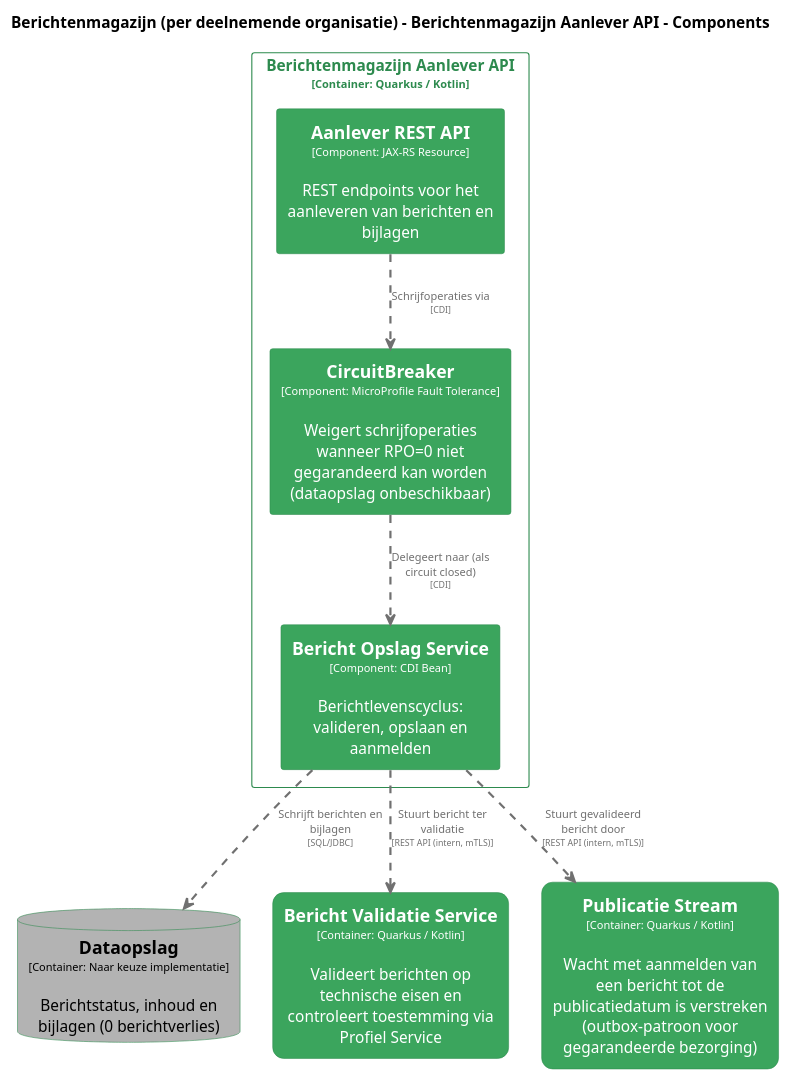
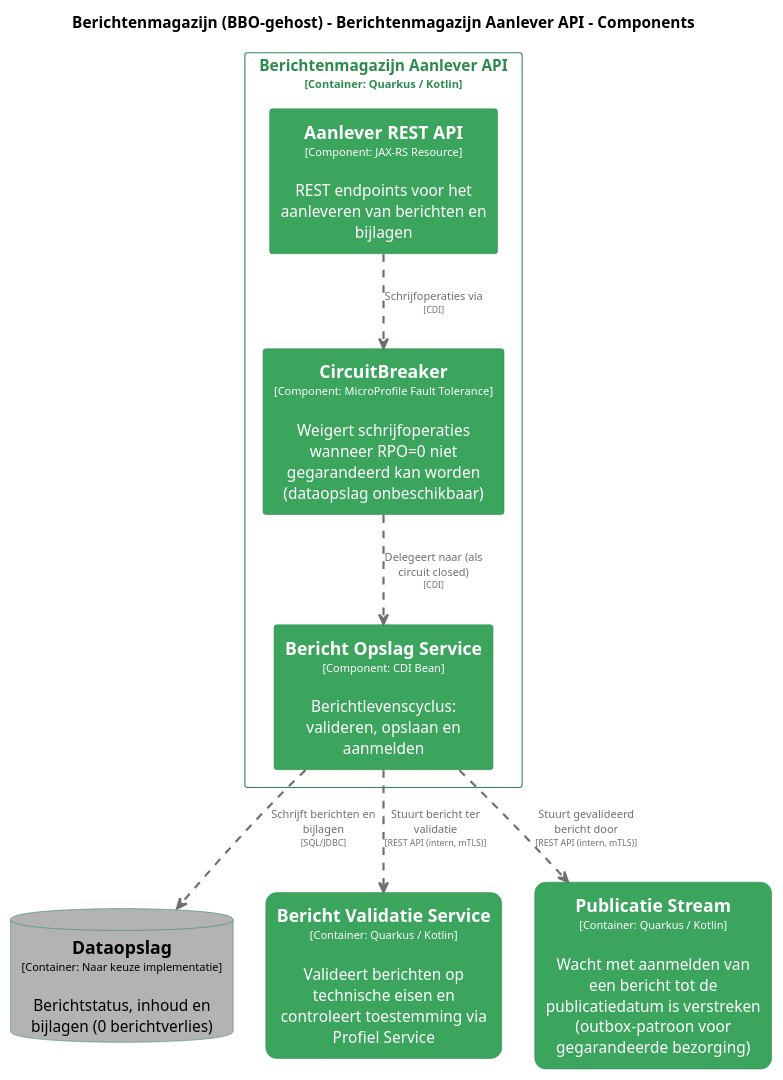
The diagram in master/puml/AanleverAPIComponenten.puml (MinBZK/moza-poc-fbs-berichtenbox), drawn with PlantUML before and after one commit. The commit also changed 90 other files, not shown here.

```diff
--- a/master/puml/AanleverAPIComponenten.puml
+++ b/master/puml/AanleverAPIComponenten.puml
@@ -1,77 +1,77 @@
 @startuml
 set separator none
-title Berichtenmagazijn (per deelnemende organisatie) - Berichtenmagazijn Aanlever API - Components
+title Berichtenmagazijn (BBO-gehost) - Berichtenmagazijn Aanlever API - Components
 
 top to bottom direction
 skinparam ranksep 60
 skinparam nodesep 30
 
 skinparam {
   arrowFontSize 10
   defaultTextAlignment center
   wrapWidth 200
   maxMessageSize 100
 }
 
 hide stereotype
 
-skinparam rectangle<<Berichtenmagazijnperdeelnemendeorganisatie.BerichtenmagazijnAanleverAPI.AanleverRESTAPI>> {
+skinparam rectangle<<BerichtenmagazijnBBOgehost.BerichtenmagazijnAanleverAPI.AanleverRESTAPI>> {
   BackgroundColor #3ba55d
   FontColor #ffffff
   BorderColor #2d8a4e
   shadowing false
 }
-skinparam rectangle<<Berichtenmagazijnperdeelnemendeorganisatie.BerichtenmagazijnAanleverAPI.BerichtOpslagService>> {
+skinparam rectangle<<BerichtenmagazijnBBOgehost.BerichtenmagazijnAanleverAPI.BerichtOpslagService>> {
   BackgroundColor #3ba55d
   FontColor #ffffff
   BorderColor #2d8a4e
   shadowing false
 }
-skinparam rectangle<<Berichtenmagazijnperdeelnemendeorganisatie.BerichtValidatieService>> {
+skinparam rectangle<<BerichtenmagazijnBBOgehost.BerichtValidatieService>> {
   BackgroundColor #3ba55d
   FontColor #ffffff
   BorderColor #2d8a4e
   roundCorner 20
   shadowing false
 }
-skinparam rectangle<<Berichtenmagazijnperdeelnemendeorganisatie.BerichtenmagazijnAanleverAPI.CircuitBreaker>> {
+skinparam rectangle<<BerichtenmagazijnBBOgehost.BerichtenmagazijnAanleverAPI.CircuitBreaker>> {
   BackgroundColor #3ba55d
   FontColor #ffffff
   BorderColor #2d8a4e
   shadowing false
 }
-skinparam database<<Berichtenmagazijnperdeelnemendeorganisatie.Dataopslag>> {
+skinparam database<<BerichtenmagazijnBBOgehost.Dataopslag>> {
   BackgroundColor #b3b3b3
   FontColor #000000
   BorderColor #2d8a4e
   shadowing false
 }
-skinparam rectangle<<Berichtenmagazijnperdeelnemendeorganisatie.PublicatieStream>> {
+skinparam rectangle<<BerichtenmagazijnBBOgehost.PublicatieStream>> {
   BackgroundColor #3ba55d
   FontColor #ffffff
   BorderColor #2d8a4e
   roundCorner 20
   shadowing false
 }
-skinparam rectangle<<Berichtenmagazijnperdeelnemendeorganisatie.BerichtenmagazijnAanleverAPI>> {
+skinparam rectangle<<BerichtenmagazijnBBOgehost.BerichtenmagazijnAanleverAPI>> {
   BorderColor #2d8a4e
   FontColor #2d8a4e
   shadowing false
 }
 
-database "==Dataopslag\n<size:10>[Container: Naar keuze implementatie]</size>\n\nBerichtstatus, inhoud en bijlagen (0 berichtverlies)" <<Berichtenmagazijnperdeelnemendeorganisatie.Dataopslag>> as Berichtenmagazijnperdeelnemendeorganisatie.Dataopslag
-rectangle "==Bericht Validatie Service\n<size:10>[Container: Quarkus / Kotlin]</size>\n\nValideert berichten op technische eisen en controleert toestemming via Profiel Service" <<Berichtenmagazijnperdeelnemendeorganisatie.BerichtValidatieService>> as Berichtenmagazijnperdeelnemendeorganisatie.BerichtValidatieService
-rectangle "==Publicatie Stream\n<size:10>[Container: Quarkus / Kotlin]</size>\n\nWacht met aanmelden van een bericht tot de publicatiedatum is verstreken (outbox-patroon voor gegarandeerde bezorging)" <<Berichtenmagazijnperdeelnemendeorganisatie.PublicatieStream>> as Berichtenmagazijnperdeelnemendeorganisatie.PublicatieStream
+database "==Dataopslag\n<size:10>[Container: Naar keuze implementatie]</size>\n\nBerichtstatus, inhoud en bijlagen (0 berichtverlies)" <<BerichtenmagazijnBBOgehost.Dataopslag>> as BerichtenmagazijnBBOgehost.Dataopslag
+rectangle "==Bericht Validatie Service\n<size:10>[Container: Quarkus / Kotlin]</size>\n\nValideert berichten op technische eisen en controleert toestemming via Profiel Service" <<BerichtenmagazijnBBOgehost.BerichtValidatieService>> as BerichtenmagazijnBBOgehost.BerichtValidatieService
+rectangle "==Publicatie Stream\n<size:10>[Container: Quarkus / Kotlin]</size>\n\nWacht met aanmelden van een bericht tot de publicatiedatum is verstreken (outbox-patroon voor gegarandeerde bezorging)" <<BerichtenmagazijnBBOgehost.PublicatieStream>> as BerichtenmagazijnBBOgehost.PublicatieStream
 
-rectangle "Berichtenmagazijn Aanlever API\n<size:10>[Container: Quarkus / Kotlin]</size>" <<Berichtenmagazijnperdeelnemendeorganisatie.BerichtenmagazijnAanleverAPI>> {
-  rectangle "==Aanlever REST API\n<size:10>[Component: JAX-RS Resource]</size>\n\nREST endpoints voor het aanleveren van berichten en bijlagen" <<Berichtenmagazijnperdeelnemendeorganisatie.BerichtenmagazijnAanleverAPI.AanleverRESTAPI>> as Berichtenmagazijnperdeelnemendeorganisatie.BerichtenmagazijnAanleverAPI.AanleverRESTAPI
-  rectangle "==CircuitBreaker\n<size:10>[Component: MicroProfile Fault Tolerance]</size>\n\nWeigert schrijfoperaties wanneer RPO=0 niet gegarandeerd kan worden (dataopslag onbeschikbaar)" <<Berichtenmagazijnperdeelnemendeorganisatie.BerichtenmagazijnAanleverAPI.CircuitBreaker>> as Berichtenmagazijnperdeelnemendeorganisatie.BerichtenmagazijnAanleverAPI.CircuitBreaker
-  rectangle "==Bericht Opslag Service\n<size:10>[Component: CDI Bean]</size>\n\nBerichtlevenscyclus: valideren, opslaan en aanmelden" <<Berichtenmagazijnperdeelnemendeorganisatie.BerichtenmagazijnAanleverAPI.BerichtOpslagService>> as Berichtenmagazijnperdeelnemendeorganisatie.BerichtenmagazijnAanleverAPI.BerichtOpslagService
+rectangle "Berichtenmagazijn Aanlever API\n<size:10>[Container: Quarkus / Kotlin]</size>" <<BerichtenmagazijnBBOgehost.BerichtenmagazijnAanleverAPI>> {
+  rectangle "==Aanlever REST API\n<size:10>[Component: JAX-RS Resource]</size>\n\nREST endpoints voor het aanleveren van berichten en bijlagen" <<BerichtenmagazijnBBOgehost.BerichtenmagazijnAanleverAPI.AanleverRESTAPI>> as BerichtenmagazijnBBOgehost.BerichtenmagazijnAanleverAPI.AanleverRESTAPI
+  rectangle "==CircuitBreaker\n<size:10>[Component: MicroProfile Fault Tolerance]</size>\n\nWeigert schrijfoperaties wanneer RPO=0 niet gegarandeerd kan worden (dataopslag onbeschikbaar)" <<BerichtenmagazijnBBOgehost.BerichtenmagazijnAanleverAPI.CircuitBreaker>> as BerichtenmagazijnBBOgehost.BerichtenmagazijnAanleverAPI.CircuitBreaker
+  rectangle "==Bericht Opslag Service\n<size:10>[Component: CDI Bean]</size>\n\nBerichtlevenscyclus: valideren, opslaan en aanmelden" <<BerichtenmagazijnBBOgehost.BerichtenmagazijnAanleverAPI.BerichtOpslagService>> as BerichtenmagazijnBBOgehost.BerichtenmagazijnAanleverAPI.BerichtOpslagService
 }
 
-Berichtenmagazijnperdeelnemendeorganisatie.BerichtenmagazijnAanleverAPI.AanleverRESTAPI .[#707070,thickness=2].> Berichtenmagazijnperdeelnemendeorganisatie.BerichtenmagazijnAanleverAPI.CircuitBreaker : "<color:#707070>Schrijfoperaties via\n<color:#707070><size:8>[CDI]</size>"
-Berichtenmagazijnperdeelnemendeorganisatie.BerichtenmagazijnAanleverAPI.CircuitBreaker .[#707070,thickness=2].> Berichtenmagazijnperdeelnemendeorganisatie.BerichtenmagazijnAanleverAPI.BerichtOpslagService : "<color:#707070>Delegeert naar (als circuit closed)\n<color:#707070><size:8>[CDI]</size>"
-Berichtenmagazijnperdeelnemendeorganisatie.BerichtenmagazijnAanleverAPI.BerichtOpslagService .[#707070,thickness=2].> Berichtenmagazijnperdeelnemendeorganisatie.Dataopslag : "<color:#707070>Schrijft berichten en bijlagen\n<color:#707070><size:8>[SQL/JDBC]</size>"
-Berichtenmagazijnperdeelnemendeorganisatie.BerichtenmagazijnAanleverAPI.BerichtOpslagService .[#707070,thickness=2].> Berichtenmagazijnperdeelnemendeorganisatie.BerichtValidatieService : "<color:#707070>Stuurt bericht ter validatie\n<color:#707070><size:8>[REST API (intern, mTLS)]</size>"
-Berichtenmagazijnperdeelnemendeorganisatie.BerichtenmagazijnAanleverAPI.BerichtOpslagService .[#707070,thickness=2].> Berichtenmagazijnperdeelnemendeorganisatie.PublicatieStream : "<color:#707070>Stuurt gevalideerd bericht door\n<color:#707070><size:8>[REST API (intern, mTLS)]</size>"
+BerichtenmagazijnBBOgehost.BerichtenmagazijnAanleverAPI.AanleverRESTAPI .[#707070,thickness=2].> BerichtenmagazijnBBOgehost.BerichtenmagazijnAanleverAPI.CircuitBreaker : "<color:#707070>Schrijfoperaties via\n<color:#707070><size:8>[CDI]</size>"
+BerichtenmagazijnBBOgehost.BerichtenmagazijnAanleverAPI.CircuitBreaker .[#707070,thickness=2].> BerichtenmagazijnBBOgehost.BerichtenmagazijnAanleverAPI.BerichtOpslagService : "<color:#707070>Delegeert naar (als circuit closed)\n<color:#707070><size:8>[CDI]</size>"
+BerichtenmagazijnBBOgehost.BerichtenmagazijnAanleverAPI.BerichtOpslagService .[#707070,thickness=2].> BerichtenmagazijnBBOgehost.Dataopslag : "<color:#707070>Schrijft berichten en bijlagen\n<color:#707070><size:8>[SQL/JDBC]</size>"
+BerichtenmagazijnBBOgehost.BerichtenmagazijnAanleverAPI.BerichtOpslagService .[#707070,thickness=2].> BerichtenmagazijnBBOgehost.BerichtValidatieService : "<color:#707070>Stuurt bericht ter validatie\n<color:#707070><size:8>[REST API (intern, mTLS)]</size>"
+BerichtenmagazijnBBOgehost.BerichtenmagazijnAanleverAPI.BerichtOpslagService .[#707070,thickness=2].> BerichtenmagazijnBBOgehost.PublicatieStream : "<color:#707070>Stuurt gevalideerd bericht door\n<color:#707070><size:8>[REST API (intern, mTLS)]</size>"
 @enduml
```
